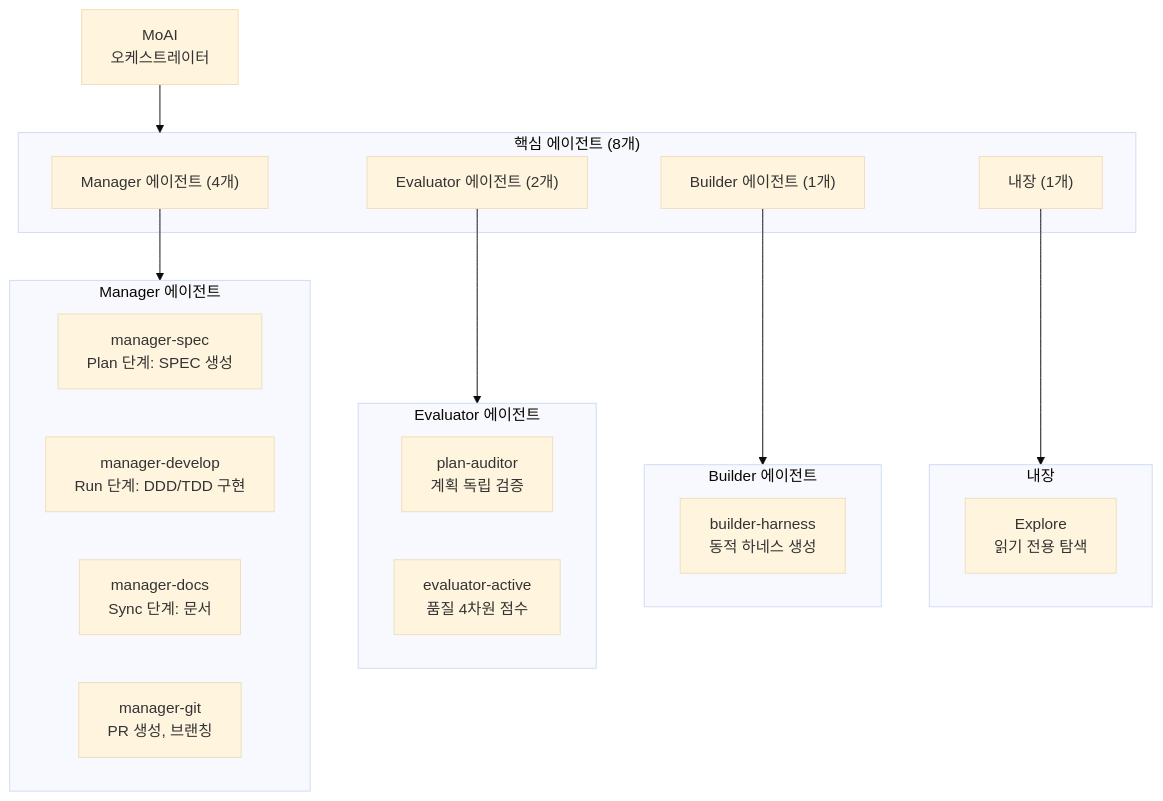
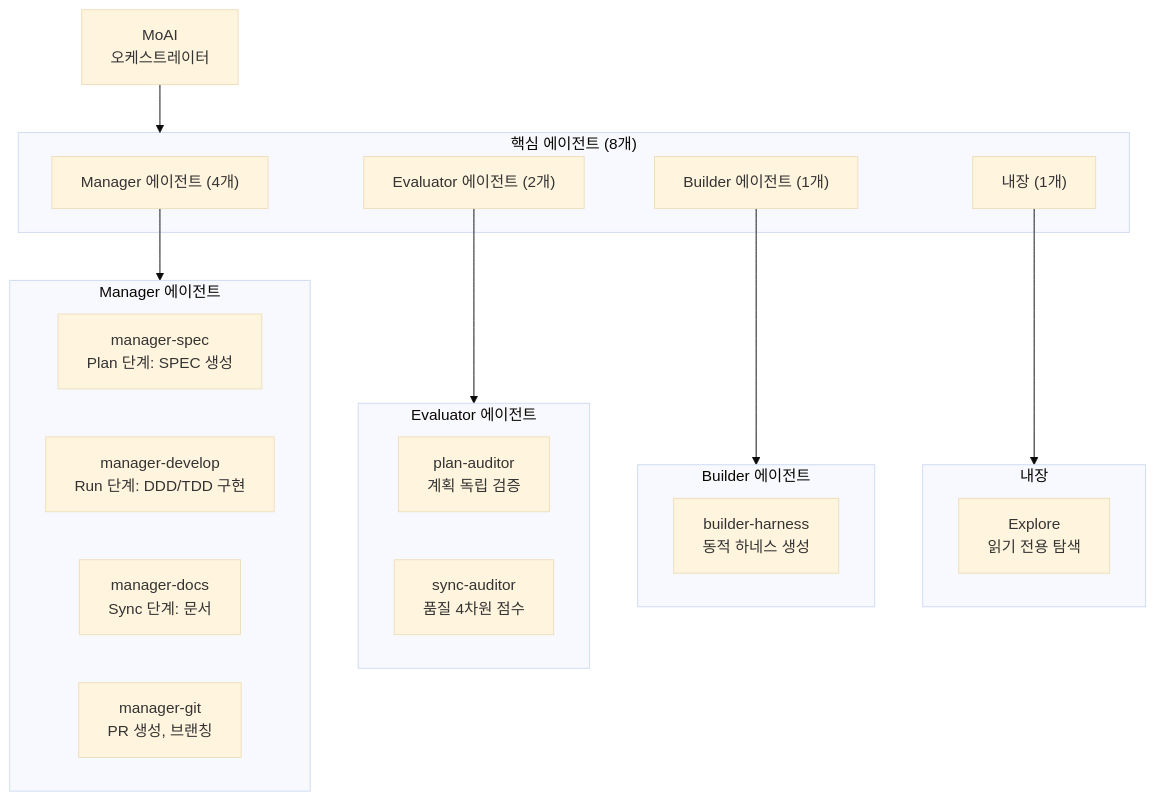
One commit to modu-ai/moai-adk changed the second of 4 diagrams in docs-site/content/ko/advanced/agent-guide.md. Above: the diagram before and after it, drawn with Mermaid (base theme). The commit also changed other lines of this file and 149 other files, not shown here.

First line of the commit message:
chore(agents): evaluator-active를 sync-auditor로 rename (plan-auditor phase 대칭)

````diff
--- a/docs-site/content/ko/advanced/agent-guide.md
+++ b/docs-site/content/ko/advanced/agent-guide.md
@@ -58,37 +58,37 @@
 ```mermaid
 flowchart TD
     MOAI["MoAI<br>오케스트레이터"]
 
     subgraph CORE["핵심 에이전트 (8개)"]
         MANAGER["Manager 에이전트 (4개)"]
         EVAL["Evaluator 에이전트 (2개)"]
         BUILDER["Builder 에이전트 (1개)"]
         EXPLORE["내장 (1개)"]
     end
 
     subgraph MANAGERAGENTS["Manager 에이전트"]
         MS["manager-spec<br>Plan 단계: SPEC 생성"]
         MD["manager-develop<br>Run 단계: DDD/TDD 구현"]
         MDOC["manager-docs<br>Sync 단계: 문서"]
         MG["manager-git<br>PR 생성, 브랜칭"]
     end
 
     subgraph EVALS["Evaluator 에이전트"]
         PA["plan-auditor<br>계획 독립 검증"]
-        EA["evaluator-active<br>품질 4차원 점수"]
+        EA["sync-auditor<br>품질 4차원 점수"]
     end
 
     subgraph BUILDERS["Builder 에이전트"]
         BH["builder-harness<br>동적 하네스 생성"]
     end
 
     subgraph EXPLOREAGENT["내장"]
         EXP["Explore<br>읽기 전용 탐색"]
     end
 
     MOAI --> CORE
     MANAGER --> MANAGERAGENTS
     EVAL --> EVALS
     BUILDER --> BUILDERS
     EXPLORE --> EXPLOREAGENT
 ```
````
